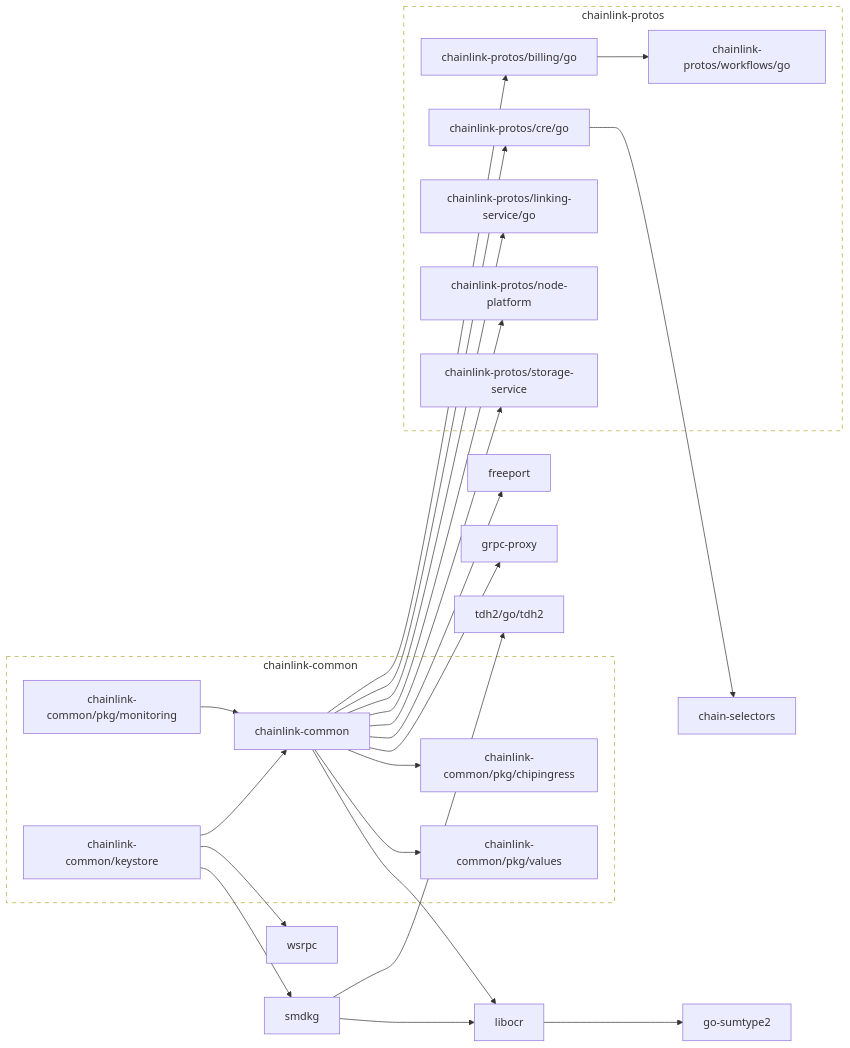
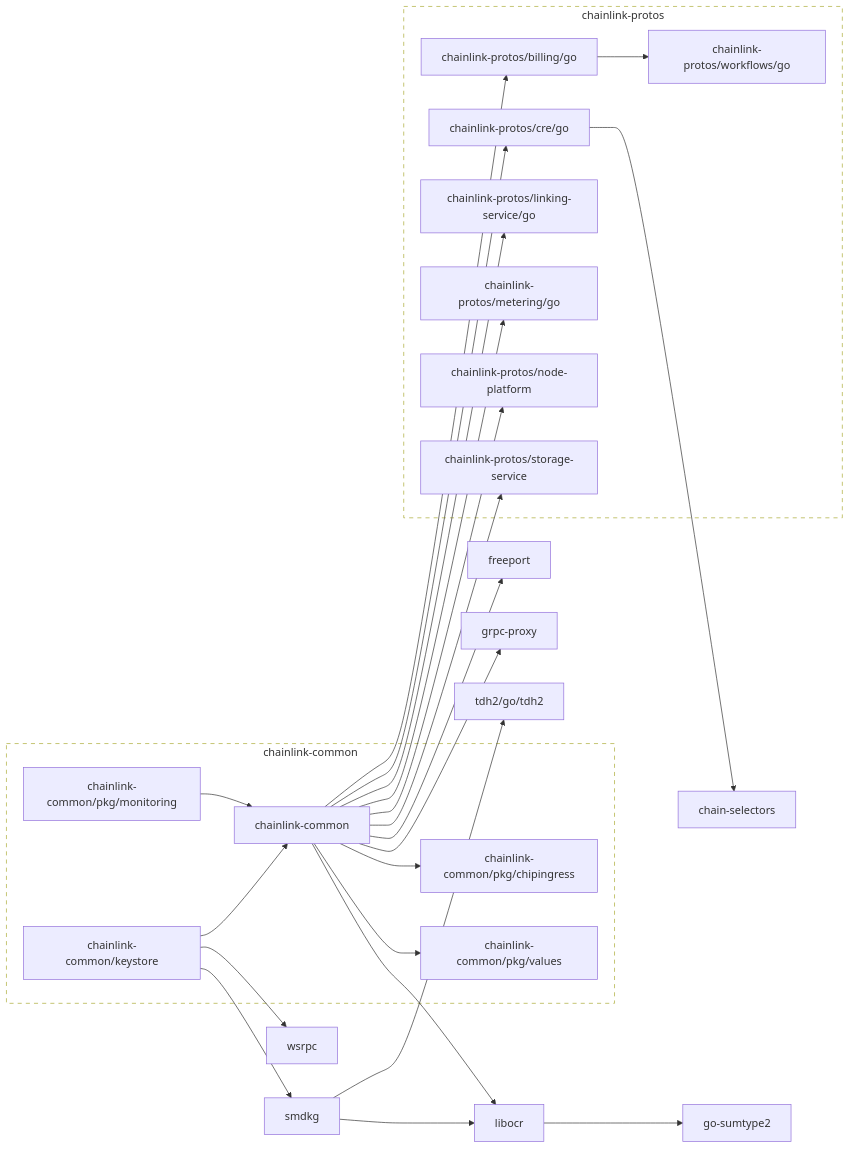
Before and after one commit to smartcontractkit/chainlink-common: the diagram in go.md, drawn with Mermaid.

Commit message:
make generate

````diff
--- a/go.md
+++ b/go.md
@@ -2,76 +2,80 @@
 ```mermaid
 flowchart LR
 
 	chain-selectors
 	click chain-selectors href "https://github.com/smartcontractkit/chain-selectors"
 	chainlink-common --> chainlink-common/pkg/chipingress
 	chainlink-common --> chainlink-common/pkg/values
 	chainlink-common --> chainlink-protos/billing/go
 	chainlink-common --> chainlink-protos/cre/go
 	chainlink-common --> chainlink-protos/linking-service/go
+	chainlink-common --> chainlink-protos/metering/go
 	chainlink-common --> chainlink-protos/node-platform
 	chainlink-common --> chainlink-protos/storage-service
 	chainlink-common --> freeport
 	chainlink-common --> grpc-proxy
 	chainlink-common --> libocr
 	click chainlink-common href "https://github.com/smartcontractkit/chainlink-common"
 	chainlink-common/keystore --> chainlink-common
 	chainlink-common/keystore --> smdkg
 	chainlink-common/keystore --> wsrpc
 	click chainlink-common/keystore href "https://github.com/smartcontractkit/chainlink-common"
 	chainlink-common/pkg/chipingress
 	click chainlink-common/pkg/chipingress href "https://github.com/smartcontractkit/chainlink-common"
 	chainlink-common/pkg/monitoring --> chainlink-common
 	click chainlink-common/pkg/monitoring href "https://github.com/smartcontractkit/chainlink-common"
 	chainlink-common/pkg/values
 	click chainlink-common/pkg/values href "https://github.com/smartcontractkit/chainlink-common"
 	chainlink-protos/billing/go --> chainlink-protos/workflows/go
 	click chainlink-protos/billing/go href "https://github.com/smartcontractkit/chainlink-protos"
 	chainlink-protos/cre/go --> chain-selectors
 	click chainlink-protos/cre/go href "https://github.com/smartcontractkit/chainlink-protos"
 	chainlink-protos/linking-service/go
 	click chainlink-protos/linking-service/go href "https://github.com/smartcontractkit/chainlink-protos"
+	chainlink-protos/metering/go
+	click chainlink-protos/metering/go href "https://github.com/smartcontractkit/chainlink-protos"
 	chainlink-protos/node-platform
 	click chainlink-protos/node-platform href "https://github.com/smartcontractkit/chainlink-protos"
 	chainlink-protos/storage-service
 	click chainlink-protos/storage-service href "https://github.com/smartcontractkit/chainlink-protos"
 	chainlink-protos/workflows/go
 	click chainlink-protos/workflows/go href "https://github.com/smartcontractkit/chainlink-protos"
 	freeport
 	click freeport href "https://github.com/smartcontractkit/freeport"
 	go-sumtype2
 	click go-sumtype2 href "https://github.com/smartcontractkit/go-sumtype2"
 	grpc-proxy
 	click grpc-proxy href "https://github.com/smartcontractkit/grpc-proxy"
 	libocr --> go-sumtype2
 	click libocr href "https://github.com/smartcontractkit/libocr"
 	smdkg --> libocr
 	smdkg --> tdh2/go/tdh2
 	click smdkg href "https://github.com/smartcontractkit/smdkg"
 	tdh2/go/tdh2
 	click tdh2/go/tdh2 href "https://github.com/smartcontractkit/tdh2"
 	wsrpc
 	click wsrpc href "https://github.com/smartcontractkit/wsrpc"
 
 	subgraph chainlink-common-repo[chainlink-common]
 		 chainlink-common
 		 chainlink-common/keystore
 		 chainlink-common/pkg/chipingress
 		 chainlink-common/pkg/monitoring
 		 chainlink-common/pkg/values
 	end
 	click chainlink-common-repo href "https://github.com/smartcontractkit/chainlink-common"
 
 	subgraph chainlink-protos-repo[chainlink-protos]
 		 chainlink-protos/billing/go
 		 chainlink-protos/cre/go
 		 chainlink-protos/linking-service/go
+		 chainlink-protos/metering/go
 		 chainlink-protos/node-platform
 		 chainlink-protos/storage-service
 		 chainlink-protos/workflows/go
 	end
 	click chainlink-protos-repo href "https://github.com/smartcontractkit/chainlink-protos"
 
 	classDef outline stroke-dasharray:6,fill:none;
 	class chainlink-common-repo,chainlink-protos-repo outline
 ```
````
